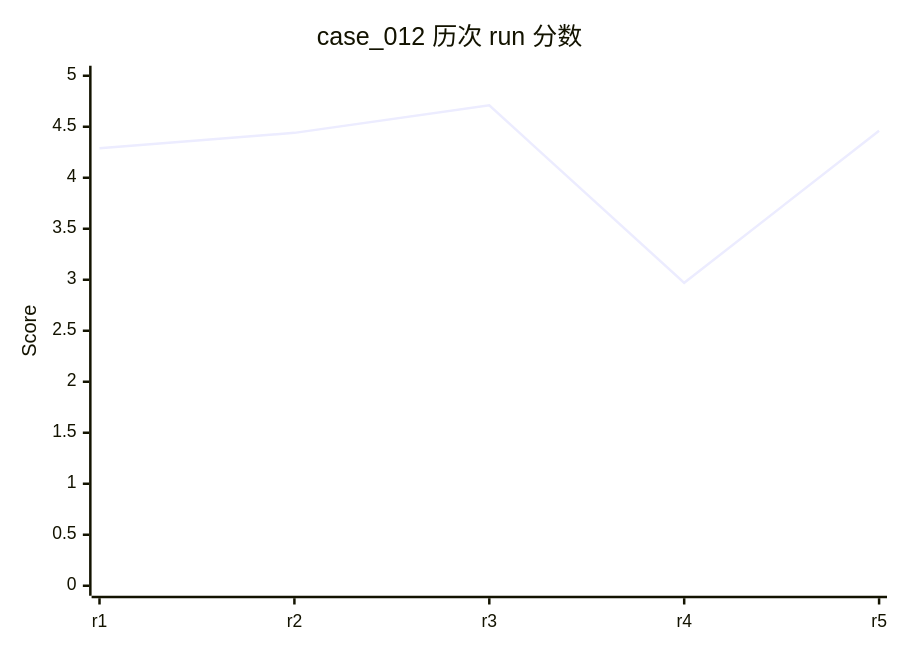
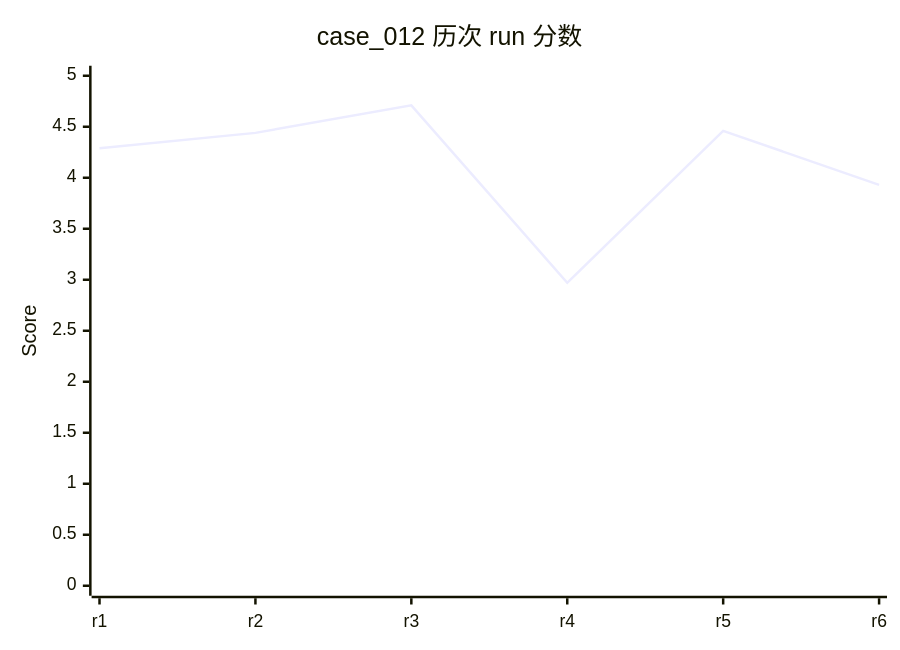
One commit to rushengzhou/sid-code changed diagram 17 of 58 in evals/DASHBOARD.md. Above: the diagram before and after it, drawn with Mermaid. The commit also changed other lines of this file and 108 other files, not shown here.

````diff
--- a/evals/DASHBOARD.md
+++ b/evals/DASHBOARD.md
@@ -407,7 +408,7 @@
 ```mermaid
 xychart-beta
     title "case_012 历次 run 分数"
-    x-axis [r1, r2, r3, r4, r5]
+    x-axis [r1, r2, r3, r4, r5, r6]
     y-axis "Score" 0 --> 5
-    line [4.29, 4.44, 4.71, 2.97, 4.46]
+    line [4.29, 4.44, 4.71, 2.97, 4.46, 3.93]
 ```
````
